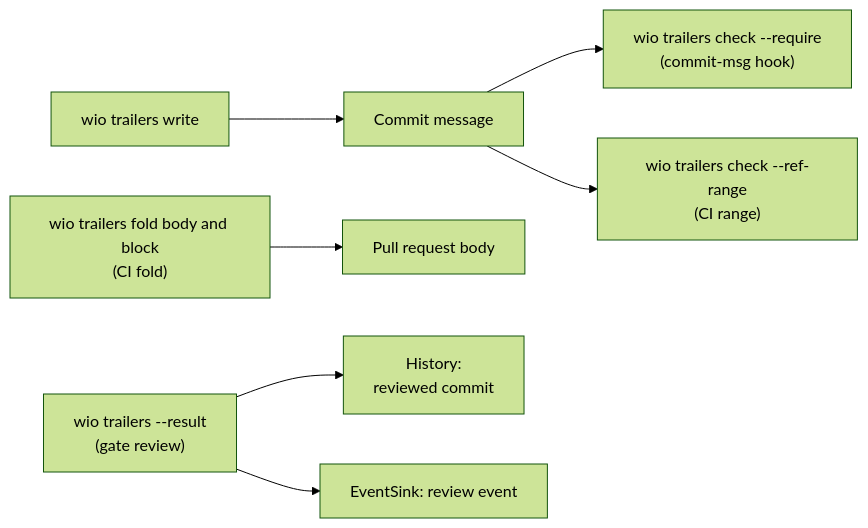
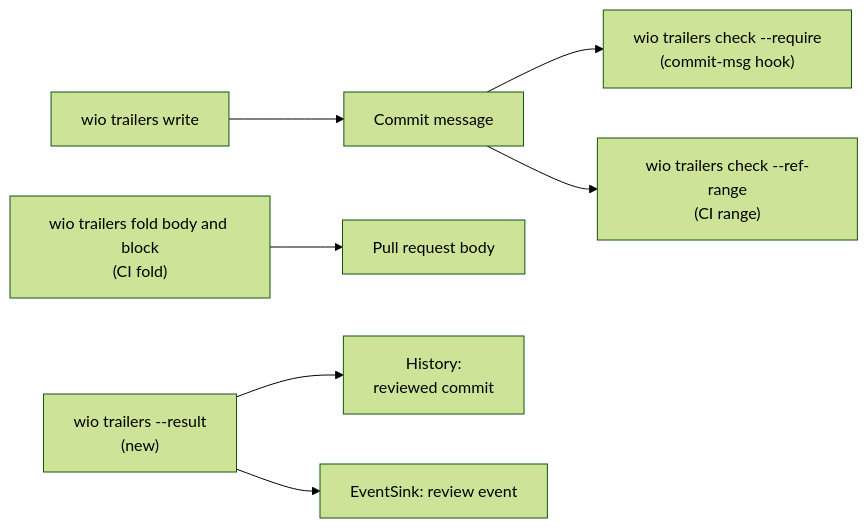
One commit to msitarz/wio changed the second of 2 diagrams in .agents/wio/works/wio-trailers/README.md. Above: the diagram before and after it, drawn with Mermaid (forest theme). The commit also changed other lines of this file, not shown here.

First line of the commit message:
docs(trailers): tighten the wio trailers parent after its second review

````diff
--- a/.agents/wio/works/wio-trailers/README.md
+++ b/.agents/wio/works/wio-trailers/README.md
@@ -111,9 +115,9 @@
 ```mermaid
 flowchart LR
   A["wio trailers write"] --> B[Commit message]
   B --> C["wio trailers check --require\n(commit-msg hook)"]
   B --> D["wio trailers check --ref-range\n(CI range)"]
   E["wio trailers fold body and block\n(CI fold)"] --> F[Pull request body]
-  G["wio trailers --result\n(gate review)"] --> H["History:\nreviewed commit"]
+  G["wio trailers --result\n(new)"] --> H["History:\nreviewed commit"]
   G --> I["EventSink: review event"]
 ```
````
